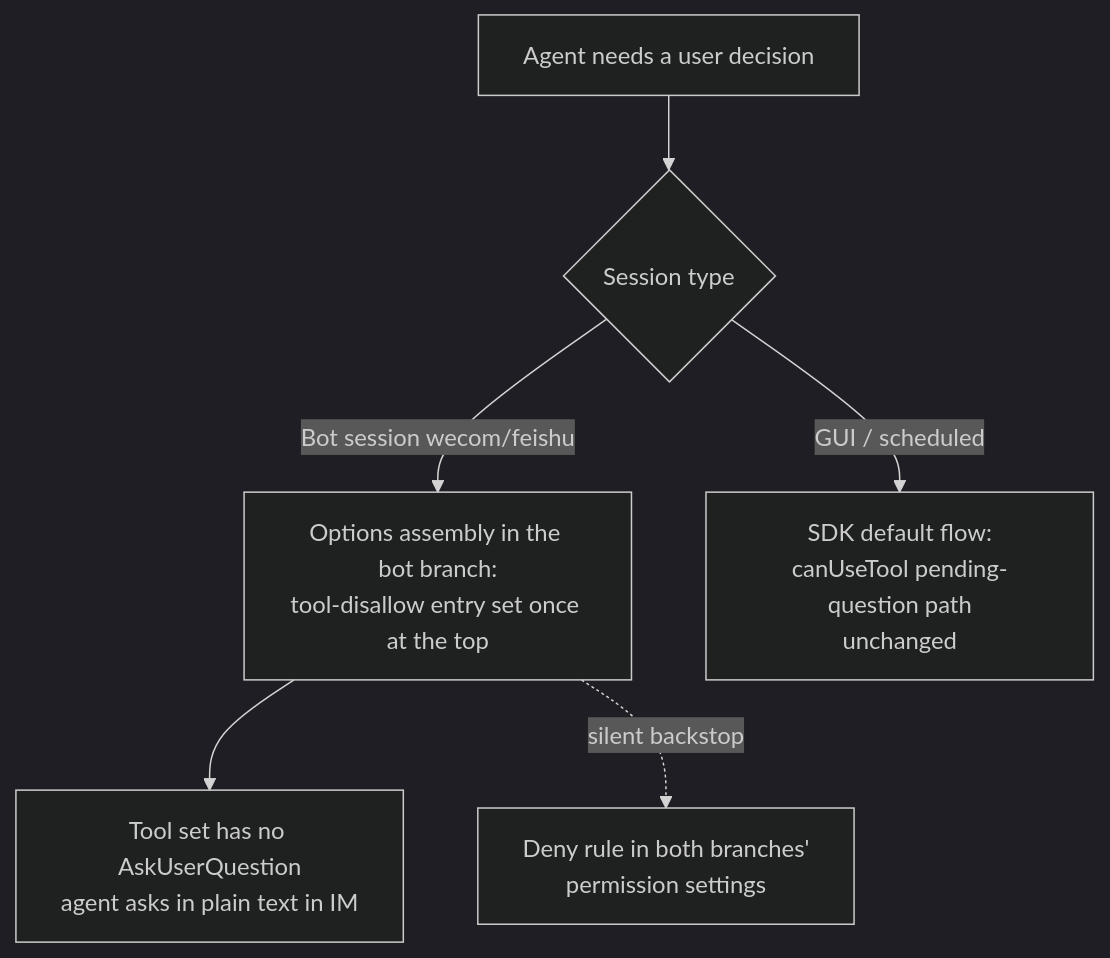
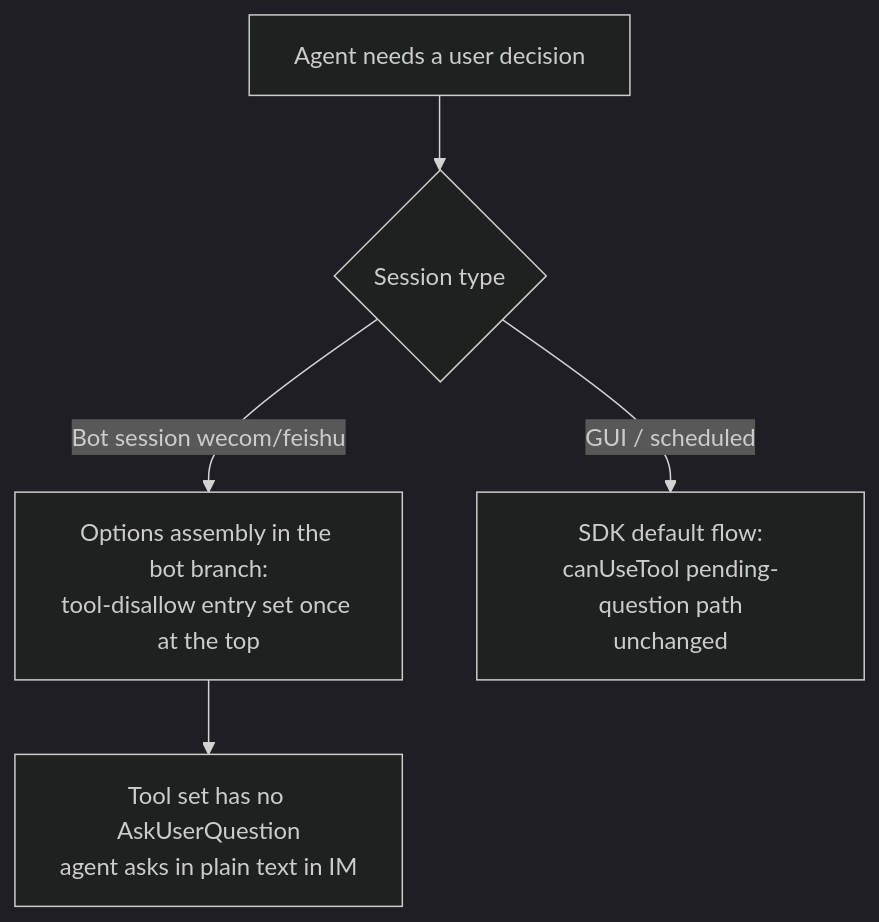
Before and after one commit to ai-dvps/comate: the second of 2 diagrams in docs/plans/2026-08-17-1033-feat-bot-session-disable-askuserquestion-plan.md, drawn with Mermaid (dark theme). The commit also changed other lines of this file and 2 other files, not shown here.

First line of the commit message:
#AI commit# refactor(bot): drop the AskUserQuestion deny-rule backstop

````diff
--- a/docs/plans/2026-08-17-1033-feat-bot-session-disable-askuserquestion-plan.md
+++ b/docs/plans/2026-08-17-1033-feat-bot-session-disable-askuserquestion-plan.md
@@ -137,8 +137,7 @@
 ```mermaid
 flowchart TB
   CALL[Agent needs a user decision] --> GATE{Session type}
   GATE -->|Bot session wecom/feishu| OPT[Options assembly in the bot branch:<br/>tool-disallow entry set once at the top]
   OPT --> MODEL[Tool set has no AskUserQuestion<br/>agent asks in plain text in IM]
-  OPT -.->|silent backstop| RULES[Deny rule in both branches'<br/>permission settings]
   GATE -->|GUI / scheduled| GUIRT[SDK default flow:<br/>canUseTool pending-question path<br/>unchanged]
 ```
````
